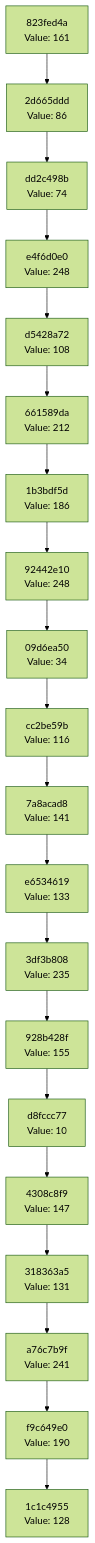
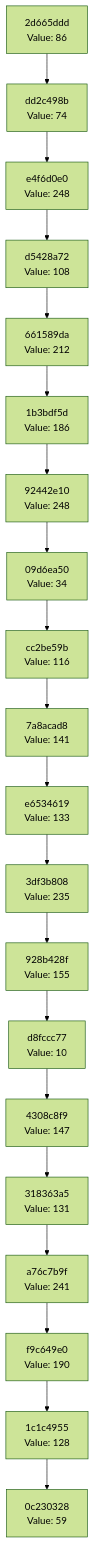
One commit to Abhisheksinha1506/hash-chain-evolver changed the diagram in docs/CHAIN_VISUALIZATION.md. Above: the diagram before and after it, drawn with Mermaid (forest theme). The commit also changed 2 other files, not shown here.

Commit message:
Evolution step: hash 0x3B → action executed

````diff
--- a/docs/CHAIN_VISUALIZATION.md
+++ b/docs/CHAIN_VISUALIZATION.md
@@ -3,42 +3,42 @@
 ```mermaid
 graph TD
-    C0["1c1c4955<br/>Value: 128"]
-    C1["f9c649e0<br/>Value: 190"]
+    C0["0c230328<br/>Value: 59"]
+    C1["1c1c4955<br/>Value: 128"]
     C1 --> C0
-    C2["a76c7b9f<br/>Value: 241"]
+    C2["f9c649e0<br/>Value: 190"]
     C2 --> C1
-    C3["318363a5<br/>Value: 131"]
+    C3["a76c7b9f<br/>Value: 241"]
     C3 --> C2
-    C4["4308c8f9<br/>Value: 147"]
+    C4["318363a5<br/>Value: 131"]
     C4 --> C3
-    C5["d8fccc77<br/>Value: 10"]
+    C5["4308c8f9<br/>Value: 147"]
     C5 --> C4
-    C6["928b428f<br/>Value: 155"]
+    C6["d8fccc77<br/>Value: 10"]
     C6 --> C5
-    C7["3df3b808<br/>Value: 235"]
+    C7["928b428f<br/>Value: 155"]
     C7 --> C6
-    C8["e6534619<br/>Value: 133"]
+    C8["3df3b808<br/>Value: 235"]
     C8 --> C7
-    C9["7a8acad8<br/>Value: 141"]
+    C9["e6534619<br/>Value: 133"]
     C9 --> C8
-    C10["cc2be59b<br/>Value: 116"]
+    C10["7a8acad8<br/>Value: 141"]
     C10 --> C9
-    C11["09d6ea50<br/>Value: 34"]
+    C11["cc2be59b<br/>Value: 116"]
     C11 --> C10
-    C12["92442e10<br/>Value: 248"]
+    C12["09d6ea50<br/>Value: 34"]
     C12 --> C11
-    C13["1b3bdf5d<br/>Value: 186"]
+    C13["92442e10<br/>Value: 248"]
     C13 --> C12
-    C14["661589da<br/>Value: 212"]
+    C14["1b3bdf5d<br/>Value: 186"]
     C14 --> C13
-    C15["d5428a72<br/>Value: 108"]
+    C15["661589da<br/>Value: 212"]
     C15 --> C14
-    C16["e4f6d0e0<br/>Value: 248"]
+    C16["d5428a72<br/>Value: 108"]
     C16 --> C15
-    C17["dd2c498b<br/>Value: 74"]
+    C17["e4f6d0e0<br/>Value: 248"]
     C17 --> C16
-    C18["2d665ddd<br/>Value: 86"]
+    C18["dd2c498b<br/>Value: 74"]
     C18 --> C17
-    C19["823fed4a<br/>Value: 161"]
+    C19["2d665ddd<br/>Value: 86"]
     C19 --> C18
 ```
````
